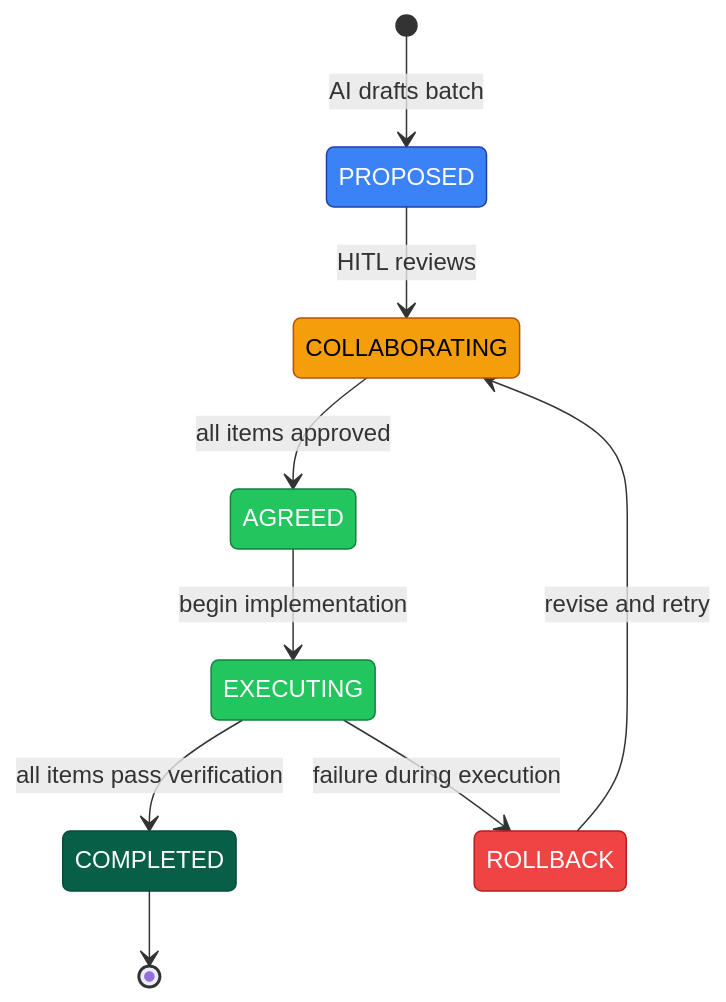
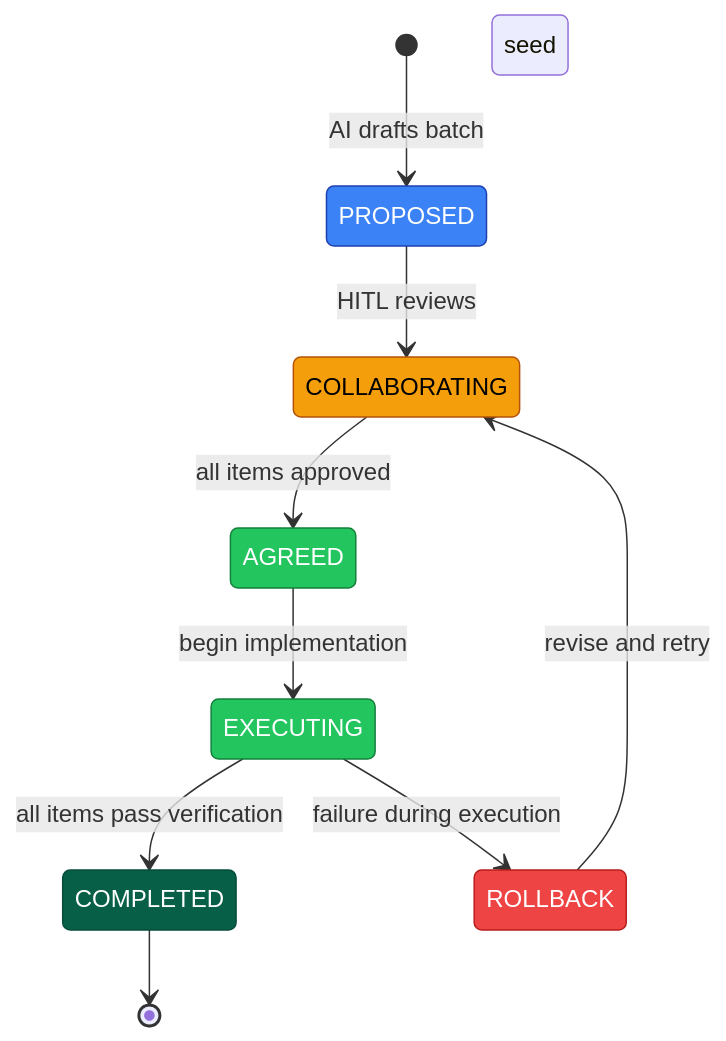
Before and after one commit to hanasaki/hanaden-bwrap-enhanced: the diagram in PROJECT_HOME/docs/ai-hitl-collab/20260909-013323-963842-7df1-b8be-96373f8cac1e-CliRevision.ai-hitl.collab-0.0.1.md, drawn with Mermaid. The commit also changed other lines of this file and 1 other file, not shown here.

````diff
--- a/PROJECT_HOME/docs/ai-hitl-collab/20260909-013323-963842-7df1-b8be-96373f8cac1e-CliRevision.ai-hitl.collab-0.0.1.md
+++ b/PROJECT_HOME/docs/ai-hitl-collab/20260909-013323-963842-7df1-b8be-96373f8cac1e-CliRevision.ai-hitl.collab-0.0.1.md
@@ -74,24 +108,24 @@
 ```mermaid
 stateDiagram-v2
     [*] --> PROPOSED : AI drafts batch
     PROPOSED --> COLLABORATING : HITL reviews
     COLLABORATING --> AGREED : all items approved
     AGREED --> EXECUTING : begin implementation
     EXECUTING --> COMPLETED : all items pass verification
     EXECUTING --> ROLLBACK : failure during execution
     ROLLBACK --> COLLABORATING : revise and retry
     COMPLETED --> [*]
 
     classDef draft fill:#3b82f6,color:#fff,stroke:#1e40af
     classDef active fill:#f59e0b,color:#000,stroke:#b45309
     classDef go fill:#22c55e,color:#fff,stroke:#15803d
     classDef fail fill:#ef4444,color:#fff,stroke:#b91c1c
     classDef done fill:#065f46,color:#fff,stroke:#064e3b
 
     class PROPOSED draft
     class COLLABORATING active
     class AGREED go
-    class EXECUTING go
+seed    class EXECUTING go
     class ROLLBACK fail
     class COMPLETED done
 ```
````
